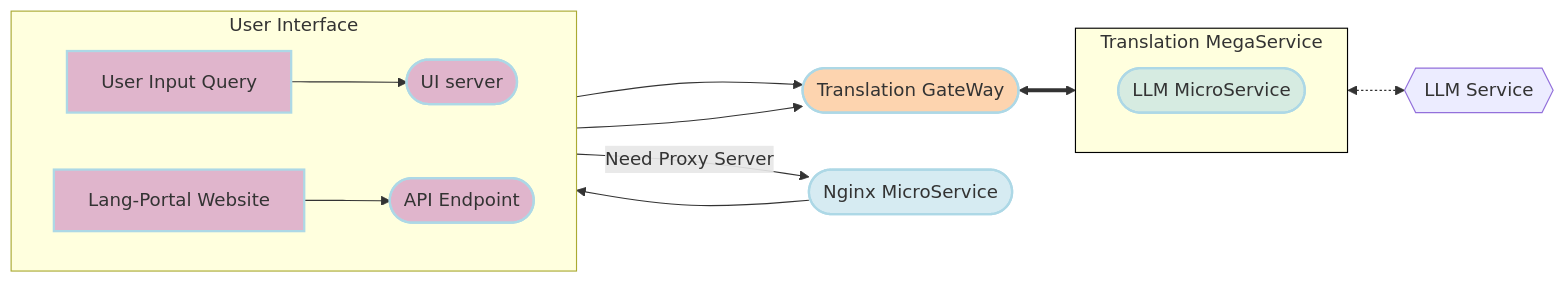
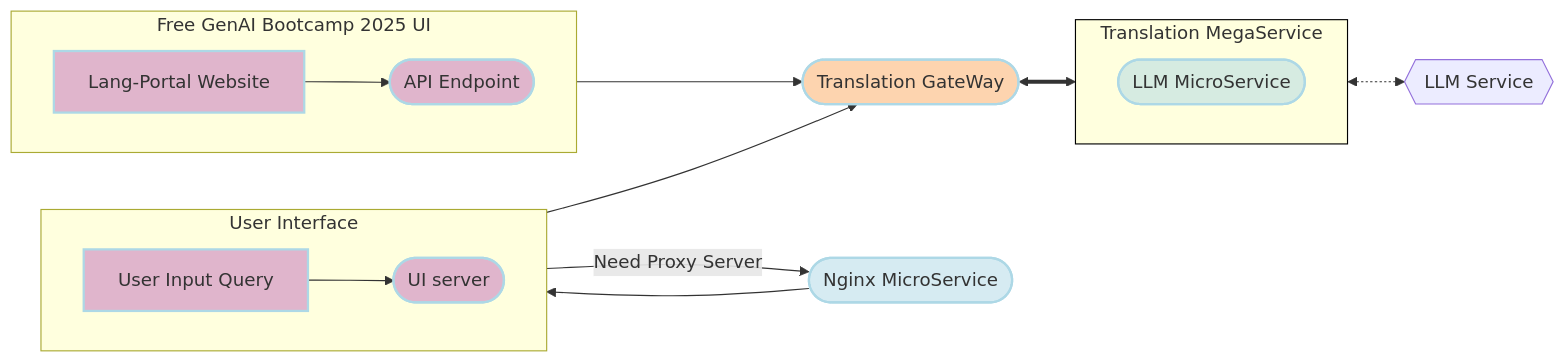
The diagram in opea-comps/mega-service/readme.md (VCharrua/free-genai-bootcamp-2025), drawn with Mermaid before and after one commit.

Commit message:
#26 Documentation Updates

````diff
--- a/opea-comps/mega-service/readme.md
+++ b/opea-comps/mega-service/readme.md
@@ -20,48 +20,48 @@
 ```mermaid
 flowchart LR
     %% Colors %%
     classDef blue fill:#ADD8E6,stroke:#ADD8E6,stroke-width:2px,fill-opacity:0.5
     classDef orange fill:#FBAA60,stroke:#ADD8E6,stroke-width:2px,fill-opacity:0.5
     classDef orchid fill:#C26DBC,stroke:#ADD8E6,stroke-width:2px,fill-opacity:0.5
     classDef invisible fill:transparent,stroke:transparent;
     style Translation-MegaService stroke:#000000
 
     %% Subgraphs %%
     subgraph Translation-MegaService["Translation MegaService "]
         direction LR
         LLM([LLM MicroService]):::blue
     end
     subgraph UserInterface[" User Interface "]
         direction LR
         a([User Input Query]):::orchid
         UI([UI server<br>]):::orchid
     end
-    subgraph UserInterface[" Free GenAI Bootcamp 2025 UI "]
+    subgraph LPInterface[" Free GenAI Bootcamp 2025 UI "]
         direction LR
         a2([Lang-Portal Website]):::orchid
         LP([API Endpoint<br>]):::orchid
     end
 
     LLM_gen{{LLM Service <br>}}
     GW([Translation GateWay<br>]):::orange
     NG([Nginx MicroService]):::blue
 
     %% Questions interaction
     direction LR
     a[User Input Query] --> UI
     a[User Input Query] --> |Need Proxy Server|NG
     NG --> UI
     UI --> GW
     GW <==> Translation-MegaService
 
 
     %% Integration interaction
     direction LR
     a2[Lang-Portal Website] --> LP
     LP --> GW
 
 
     %% Embedding service flow
     direction LR
     LLM <-.-> LLM_gen
 ```
````
